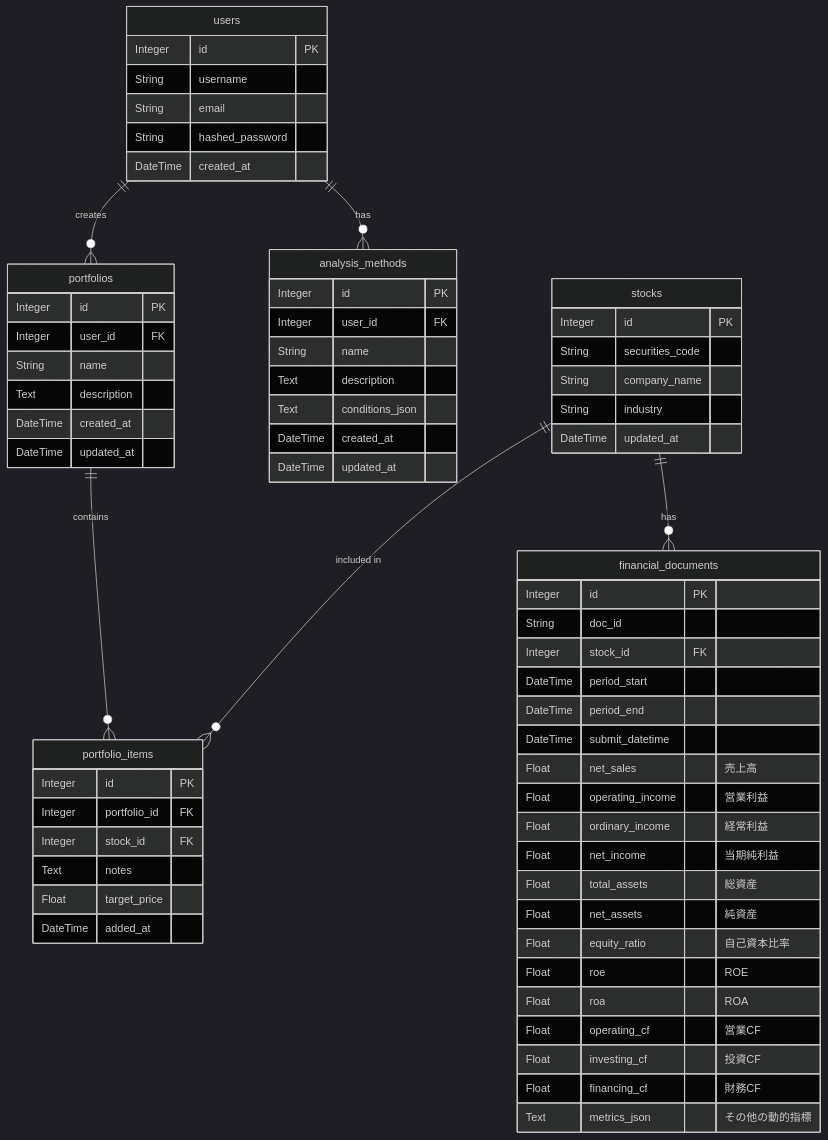
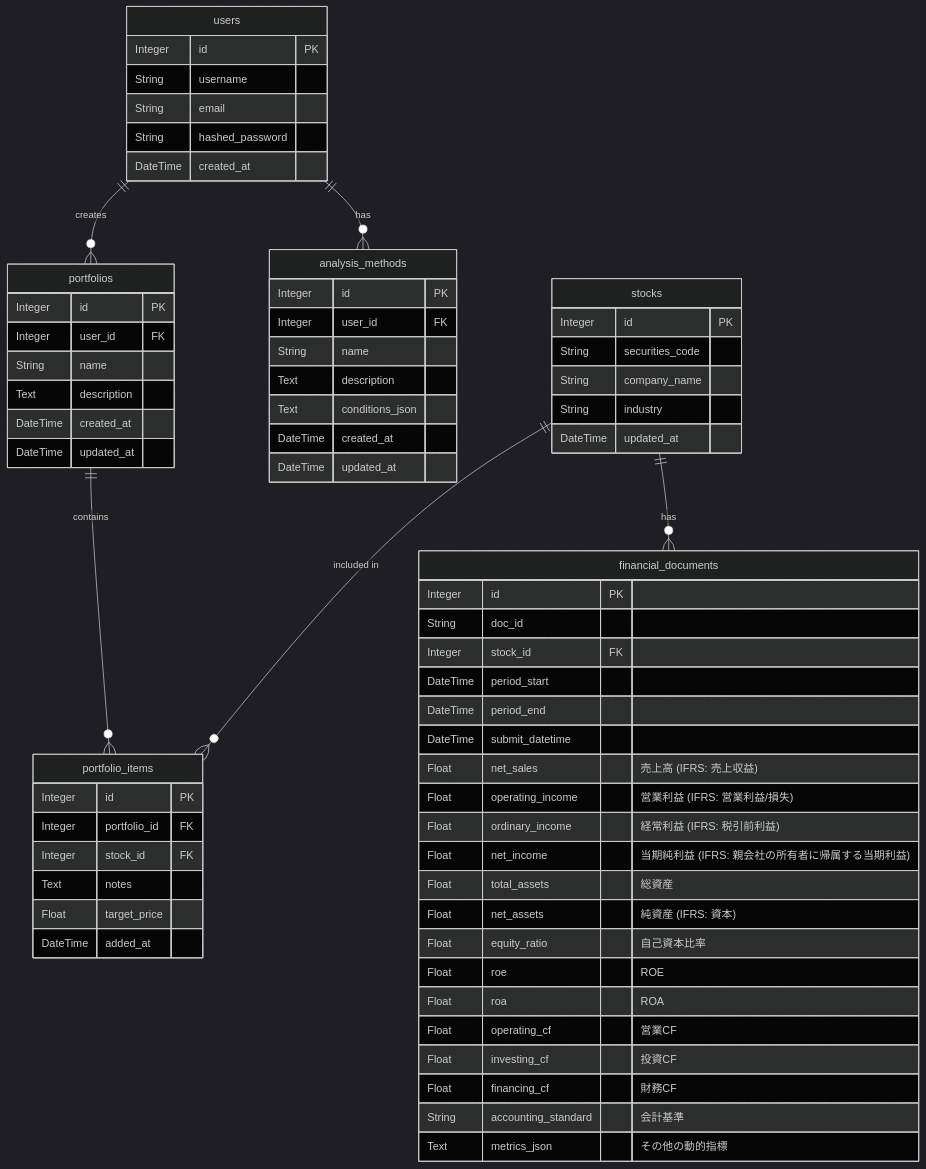
The diagram in doc/er_diagram.md (yuji0199/edinetGetter), drawn with Mermaid (dark theme) before and after one commit. The commit also changed 2 other files, not shown here.

Commit message:
docs: IFRS等複数会計基準対応に向けた設計の更新 (Issue #9)
- er_diagram: financial_documentsテーブルにaccounting_standardカラムを追加、IFRS向け和名(売上収益や税引前利益など)を追記
- apis/stocks: [API007]銘柄詳細取得のレスポンスにaccounting_standardを追加
- screens/stock_detail: 銘柄詳細画面に会計基準バッジと経常利益ラベルのIFRS動的変更対応を追加

Ref: #9

````diff
--- a/doc/er_diagram.md
+++ b/doc/er_diagram.md
@@ -5,74 +5,75 @@
 ```mermaid
 erDiagram
     users {
         Integer id PK
         String username
         String email
         String hashed_password
         DateTime created_at
     }
 
     stocks {
         Integer id PK
         String securities_code
         String company_name
         String industry
         DateTime updated_at
     }
 
     financial_documents {
         Integer id PK
         String doc_id
         Integer stock_id FK
         DateTime period_start
         DateTime period_end
         DateTime submit_datetime
-        Float net_sales "売上高"
-        Float operating_income "営業利益"
-        Float ordinary_income "経常利益"
-        Float net_income "当期純利益"
+        Float net_sales "売上高 (IFRS: 売上収益)"
+        Float operating_income "営業利益 (IFRS: 営業利益/損失)"
+        Float ordinary_income "経常利益 (IFRS: 税引前利益)"
+        Float net_income "当期純利益 (IFRS: 親会社の所有者に帰属する当期利益)"
         Float total_assets "総資産"
-        Float net_assets "純資産"
+        Float net_assets "純資産 (IFRS: 資本)"
         Float equity_ratio "自己資本比率"
         Float roe "ROE"
         Float roa "ROA"
         Float operating_cf "営業CF"
         Float investing_cf "投資CF"
         Float financing_cf "財務CF"
+        String accounting_standard "会計基準"
         Text metrics_json "その他の動的指標"
     }
 
     analysis_methods {
         Integer id PK
         Integer user_id FK
         String name
         Text description
         Text conditions_json
         DateTime created_at
         DateTime updated_at
     }
 
     portfolios {
         Integer id PK
         Integer user_id FK
         String name
         Text description
         DateTime created_at
         DateTime updated_at
     }
 
     portfolio_items {
         Integer id PK
         Integer portfolio_id FK
         Integer stock_id FK
         Text notes
         Float target_price
         DateTime added_at
     }
 
     users ||--o{ analysis_methods : "has"
     users ||--o{ portfolios : "creates"
     stocks ||--o{ financial_documents : "has"
     portfolios ||--o{ portfolio_items : "contains"
     stocks ||--o{ portfolio_items : "included in"
 ```
````
